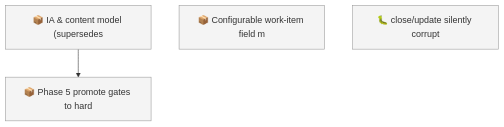
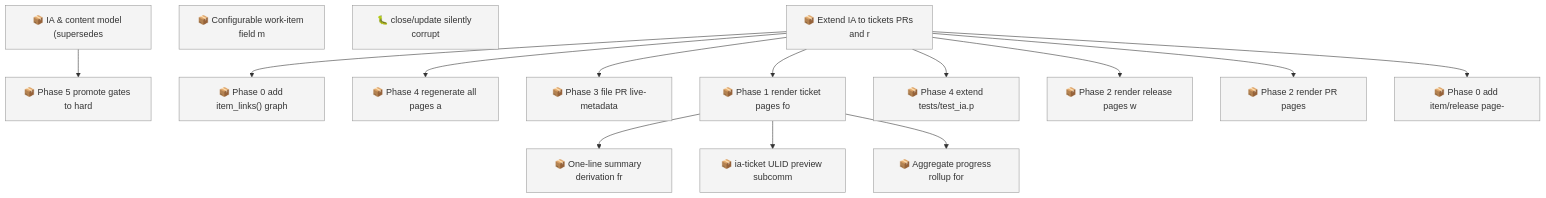
One commit to SpillwaveSolutions/wiki_ticket_sdd changed the first of 2 diagrams in docs/roadmap.md. Above: the diagram before and after it, drawn with Mermaid. The commit also changed other lines of this file and 10 other files, not shown here.

First line of the commit message:
chore(worklog): capture artifact-pages plan (epic 01KYABYEQP8ANXGYPBCV2T20D8)

````diff
--- a/docs/roadmap.md
+++ b/docs/roadmap.md
@@ -53,10 +76,33 @@
 ```mermaid
 graph TD
     01KY5G9ZW0H2YMNWDFJYGRPYE5["📦 IA & content model (supersedes"]
     01KY5G9ZW0RABXWHEMEP1FAV2G["📦 Phase 5 promote gates to hard"]
     01KY5NE0ZYGBWG44N0KPEBFCZ8["📦 Configurable work-item field m"]
     01KYA99TVCGX79HFNHN1DVT7Y6["🐛 close/update silently corrupt"]
+    01KYABYEQP3YCB9AVHRPCTCMRS["📦 Phase 0 add item_links() graph"]
+    01KYABYEQP8ANXGYPBCV2T20D8["📦 Extend IA to tickets PRs and r"]
+    01KYABYEQP9FDY8THDV79F324G["📦 One-line summary derivation fr"]
+    01KYABYEQPAFJM7WC3XZV6YY76["📦 ia-ticket ULID preview subcomm"]
+    01KYABYEQPDS2VFQKQ7B6YXZVR["📦 Phase 4 regenerate all pages a"]
+    01KYABYEQPF8N2K26ENRKREE0W["📦 Phase 3 file PR live-metadata"]
+    01KYABYEQPK6PV87WNZXEYRB12["📦 Phase 1 render ticket pages fo"]
+    01KYABYEQPNK7HHH5CMAR2V1JG["📦 Phase 4 extend tests/test_ia.p"]
+    01KYABYEQPP82DJEN19F43YRAE["📦 Phase 2 render release pages w"]
+    01KYABYEQPRM8308SYFPR8X437["📦 Aggregate progress rollup for"]
+    01KYABYEQPW8Q2RGGTNP71W88E["📦 Phase 2 render PR pages"]
+    01KYABYEQPXZAAY0VWF6Z8TQ27["📦 Phase 0 add item/release page-"]
     01KY5G9ZW0H2YMNWDFJYGRPYE5 --> 01KY5G9ZW0RABXWHEMEP1FAV2G
+    01KYABYEQP8ANXGYPBCV2T20D8 --> 01KYABYEQP3YCB9AVHRPCTCMRS
+    01KYABYEQPK6PV87WNZXEYRB12 --> 01KYABYEQP9FDY8THDV79F324G
+    01KYABYEQPK6PV87WNZXEYRB12 --> 01KYABYEQPAFJM7WC3XZV6YY76
+    01KYABYEQP8ANXGYPBCV2T20D8 --> 01KYABYEQPDS2VFQKQ7B6YXZVR
+    01KYABYEQP8ANXGYPBCV2T20D8 --> 01KYABYEQPF8N2K26ENRKREE0W
+    01KYABYEQP8ANXGYPBCV2T20D8 --> 01KYABYEQPK6PV87WNZXEYRB12
+    01KYABYEQP8ANXGYPBCV2T20D8 --> 01KYABYEQPNK7HHH5CMAR2V1JG
+    01KYABYEQP8ANXGYPBCV2T20D8 --> 01KYABYEQPP82DJEN19F43YRAE
+    01KYABYEQPK6PV87WNZXEYRB12 --> 01KYABYEQPRM8308SYFPR8X437
+    01KYABYEQP8ANXGYPBCV2T20D8 --> 01KYABYEQPW8Q2RGGTNP71W88E
+    01KYABYEQP8ANXGYPBCV2T20D8 --> 01KYABYEQPXZAAY0VWF6Z8TQ27
     classDef todo fill:#f4f4f4,stroke:#999999
-    class 01KY5G9ZW0H2YMNWDFJYGRPYE5,01KY5G9ZW0RABXWHEMEP1FAV2G,01KY5NE0ZYGBWG44N0KPEBFCZ8,01KYA99TVCGX79HFNHN1DVT7Y6 todo
+    class 01KY5G9ZW0H2YMNWDFJYGRPYE5,01KY5G9ZW0RABXWHEMEP1FAV2G,01KY5NE0ZYGBWG44N0KPEBFCZ8,01KYA99TVCGX79HFNHN1DVT7Y6,01KYABYEQP3YCB9AVHRPCTCMRS,01KYABYEQP8ANXGYPBCV2T20D8,01KYABYEQP9FDY8THDV79F324G,01KYABYEQPAFJM7WC3XZV6YY76,01KYABYEQPDS2VFQKQ7B6YXZVR,01KYABYEQPF8N2K26ENRKREE0W,01KYABYEQPK6PV87WNZXEYRB12,01KYABYEQPNK7HHH5CMAR2V1JG,01KYABYEQPP82DJEN19F43YRAE,01KYABYEQPRM8308SYFPR8X437,01KYABYEQPW8Q2RGGTNP71W88E,01KYABYEQPXZAAY0VWF6Z8TQ27 todo
 ```
````
